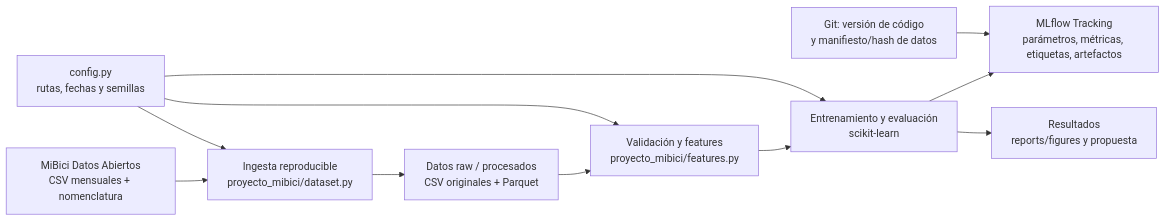
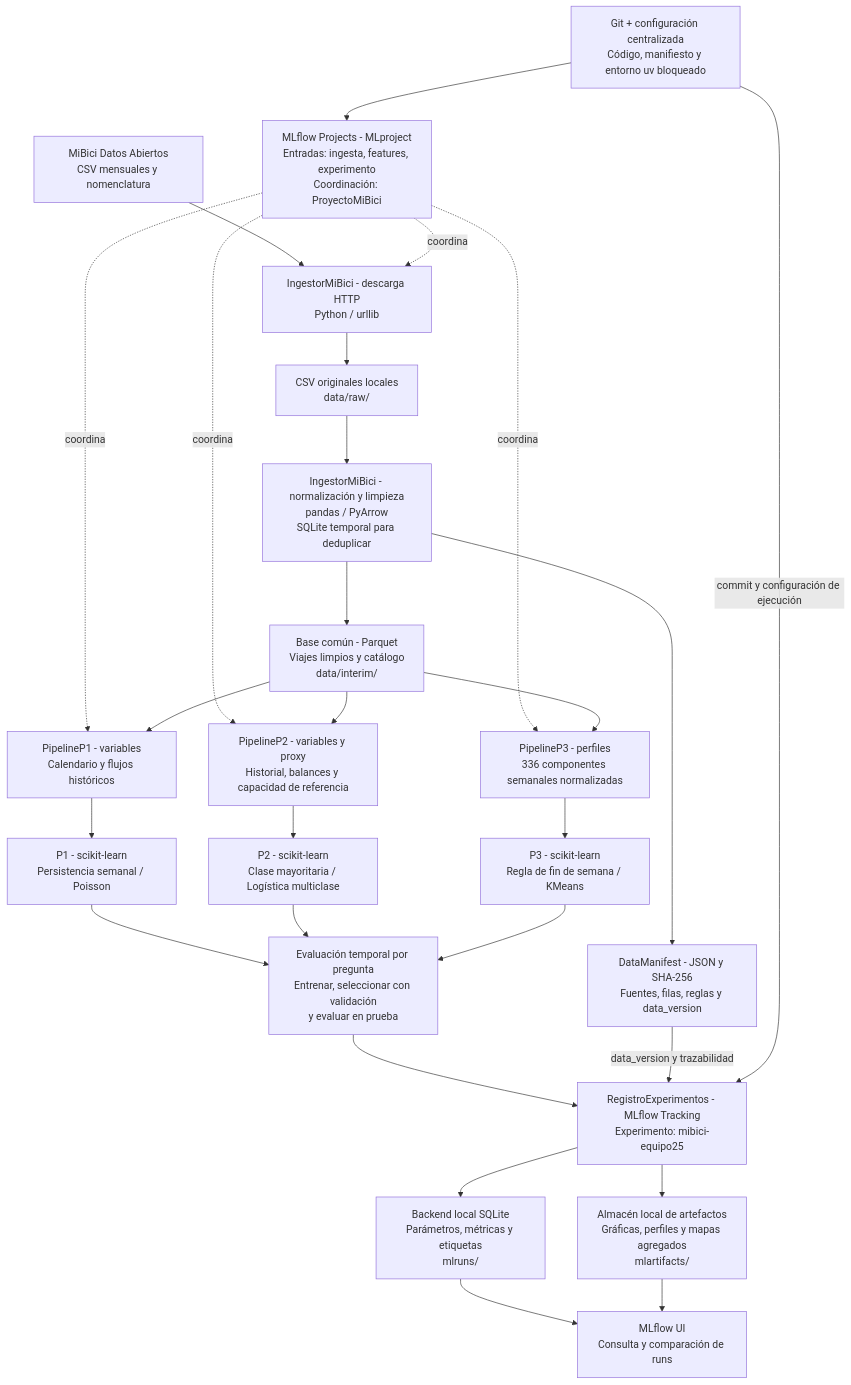
The diagram in docs/docs/propuestaSolucion.md (aramosc09/TC5061-Proyecto-Equipo25), drawn with Mermaid before and after one commit. The commit also changed other lines of this file and 13 other files, not shown here.

````diff
--- a/docs/docs/propuestaSolucion.md
+++ b/docs/docs/propuestaSolucion.md
@@ -291,13 +356,40 @@
 ```mermaid
-flowchart LR
-    A["MiBici Datos Abiertos<br/>CSV mensuales + nomenclatura"] --> B["Ingesta reproducible<br/>proyecto_mibici/dataset.py"]
-    B --> C["Datos raw / procesados<br/>CSV originales + Parquet"]
-    C --> D["Validación y features<br/>proyecto_mibici/features.py"]
-    D --> E["Entrenamiento y evaluación<br/>scikit-learn"]
-    E --> F["MLflow Tracking<br/>parámetros, métricas, etiquetas, artefactos"]
-    E --> G["Resultados<br/>reports/figures y propuesta"]
-    H["config.py<br/>rutas, fechas y semillas"] --> B
-    H --> D
-    H --> E
-    I["Git: versión de código<br/>y manifiesto/hash de datos"] --> F
+flowchart TD
+    FUENTE["MiBici Datos Abiertos<br/>CSV mensuales y nomenclatura"]
+    VERSION["Git + configuración centralizada<br/>Código, manifiesto y entorno uv bloqueado"]
+    PROJECTS["MLflow Projects - MLproject<br/>Entradas: ingesta, features, experimento<br/>Coordinación: ProyectoMiBici"]
+    DESCARGA["IngestorMiBici - descarga HTTP<br/>Python / urllib"]
+    RAW["CSV originales locales<br/>data/raw/"]
+    LIMPIEZA["IngestorMiBici - normalización y limpieza<br/>pandas / PyArrow<br/>SQLite temporal para deduplicar"]
+    BASE["Base común - Parquet<br/>Viajes limpios y catálogo<br/>data/interim/"]
+    MANIFIESTO["DataManifest - JSON y SHA-256<br/>Fuentes, filas, reglas y data_version"]
+    F1["PipelineP1 - variables<br/>Calendario y flujos históricos"]
+    F2["PipelineP2 - variables y proxy<br/>Historial, balances y capacidad de referencia"]
+    F3["PipelineP3 - perfiles<br/>336 componentes semanales normalizadas"]
+    M1["P1 - scikit-learn<br/>Persistencia semanal / Poisson"]
+    M2["P2 - scikit-learn<br/>Clase mayoritaria / Logística multiclase"]
+    M3["P3 - scikit-learn<br/>Regla de fin de semana / KMeans"]
+    EVAL["Evaluación temporal por pregunta<br/>Entrenar, seleccionar con validación<br/>y evaluar en prueba"]
+    TRACKING["RegistroExperimentos - MLflow Tracking<br/>Experimento: mibici-equipo25"]
+    SQL["Backend local SQLite<br/>Parámetros, métricas y etiquetas<br/>mlruns/"]
+    ART["Almacén local de artefactos<br/>Gráficas, perfiles y mapas agregados<br/>mlartifacts/"]
+    UI["MLflow UI<br/>Consulta y comparación de runs"]
+
+    FUENTE --> DESCARGA --> RAW --> LIMPIEZA --> BASE
+    LIMPIEZA --> MANIFIESTO
+    VERSION --> PROJECTS
+    PROJECTS -. coordina .-> DESCARGA
+    PROJECTS -. coordina .-> F1
+    PROJECTS -. coordina .-> F2
+    PROJECTS -. coordina .-> F3
+    BASE --> F1 --> M1 --> EVAL
+    BASE --> F2 --> M2 --> EVAL
+    BASE --> F3 --> M3 --> EVAL
+    EVAL --> TRACKING
+    MANIFIESTO -->|data_version y trazabilidad| TRACKING
+    VERSION -->|commit y configuración de ejecución| TRACKING
+    TRACKING --> SQL
+    TRACKING --> ART
+    SQL --> UI
+    ART --> UI
 ```
````
